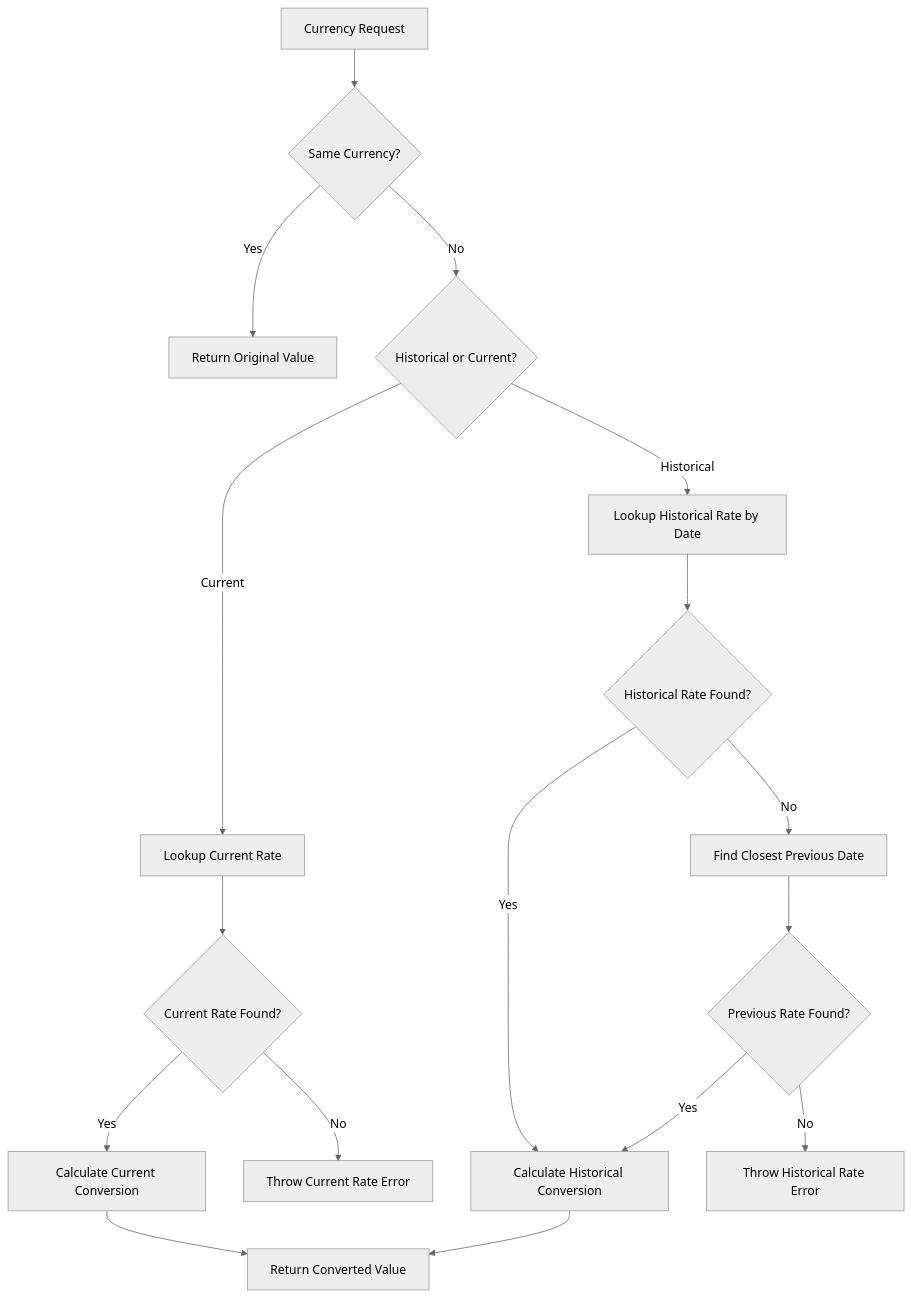
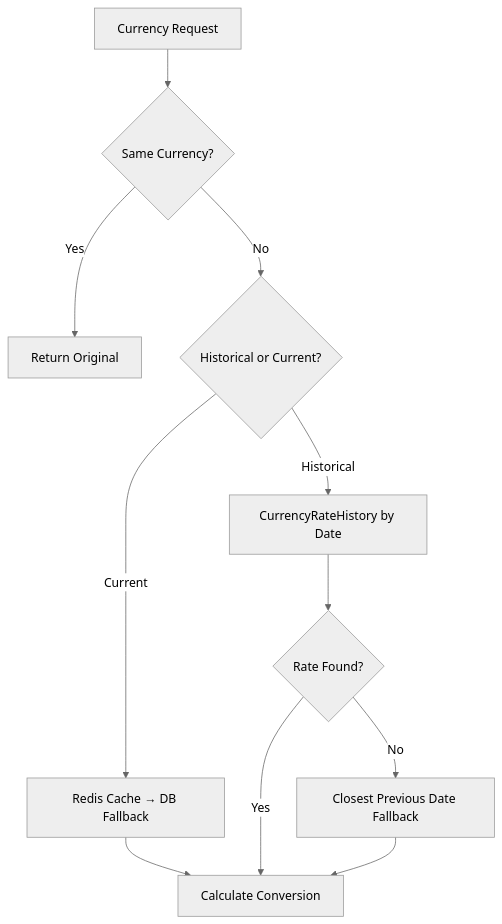
One commit to azeema11/azerro_backend changed the fourth of 5 diagrams in BACKEND_ARCHITECTURE.md. Above: the diagram before and after it, drawn with Mermaid (neutral theme). The commit also changed other lines of this file and 20 other files, not shown here.

````diff
--- a/BACKEND_ARCHITECTURE.md
+++ b/BACKEND_ARCHITECTURE.md
@@ -558,19 +237,13 @@
 ```mermaid
 graph TD
     A[Currency Request] --> B{Same Currency?}
-    B -->|Yes| C[Return Original Value]
+    B -->|Yes| C[Return Original]
     B -->|No| D{Historical or Current?}
-    D -->|Current| E[Lookup Current Rate]
-    D -->|Historical| F[Lookup Historical Rate by Date]
-    E --> G{Current Rate Found?}
-    F --> H{Historical Rate Found?}
-    G -->|Yes| I[Calculate Current Conversion]
-    G -->|No| J[Throw Current Rate Error]
-    H -->|Yes| K[Calculate Historical Conversion]
-    H -->|No| L[Find Closest Previous Date]
-    L --> M{Previous Rate Found?}
-    M -->|Yes| K
-    M -->|No| N[Throw Historical Rate Error]
-    I --> O[Return Converted Value]
-    K --> O
+    D -->|Current| E[Redis Cache → DB Fallback]
+    D -->|Historical| F[CurrencyRateHistory by Date]
+    E --> G[Calculate Conversion]
+    F --> H{Rate Found?}
+    H -->|Yes| G
+    H -->|No| I[Closest Previous Date Fallback]
+    I --> G
 ```
````
